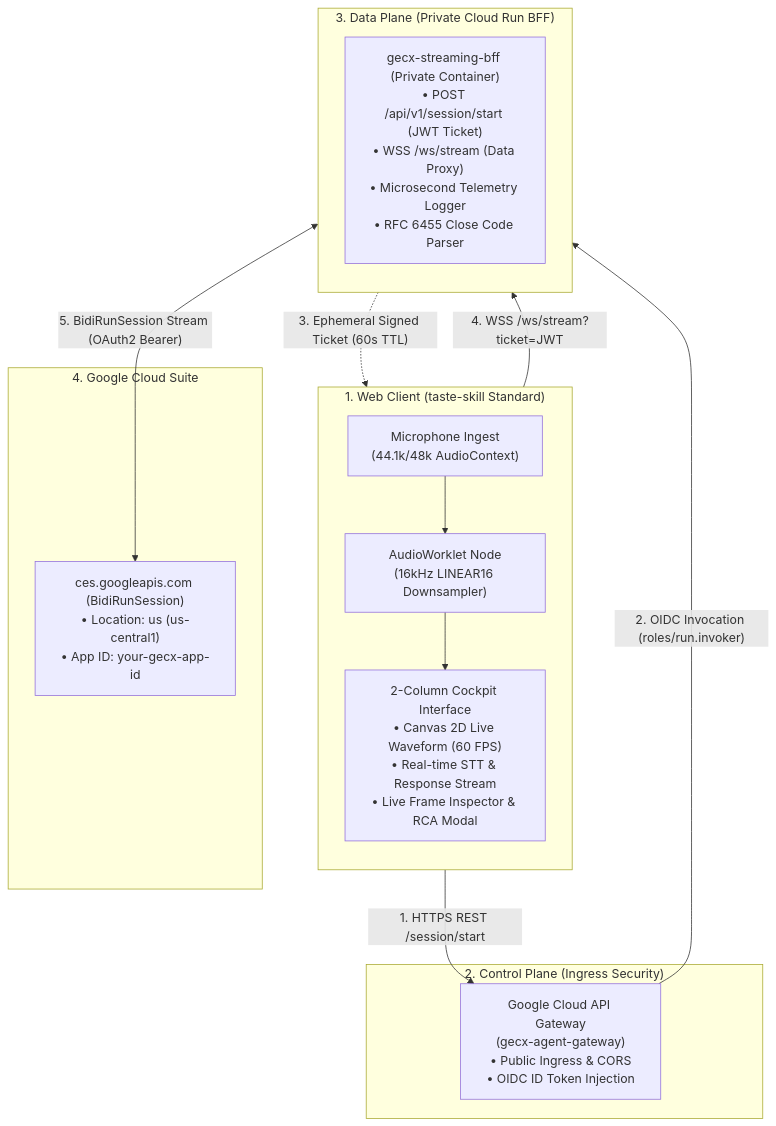
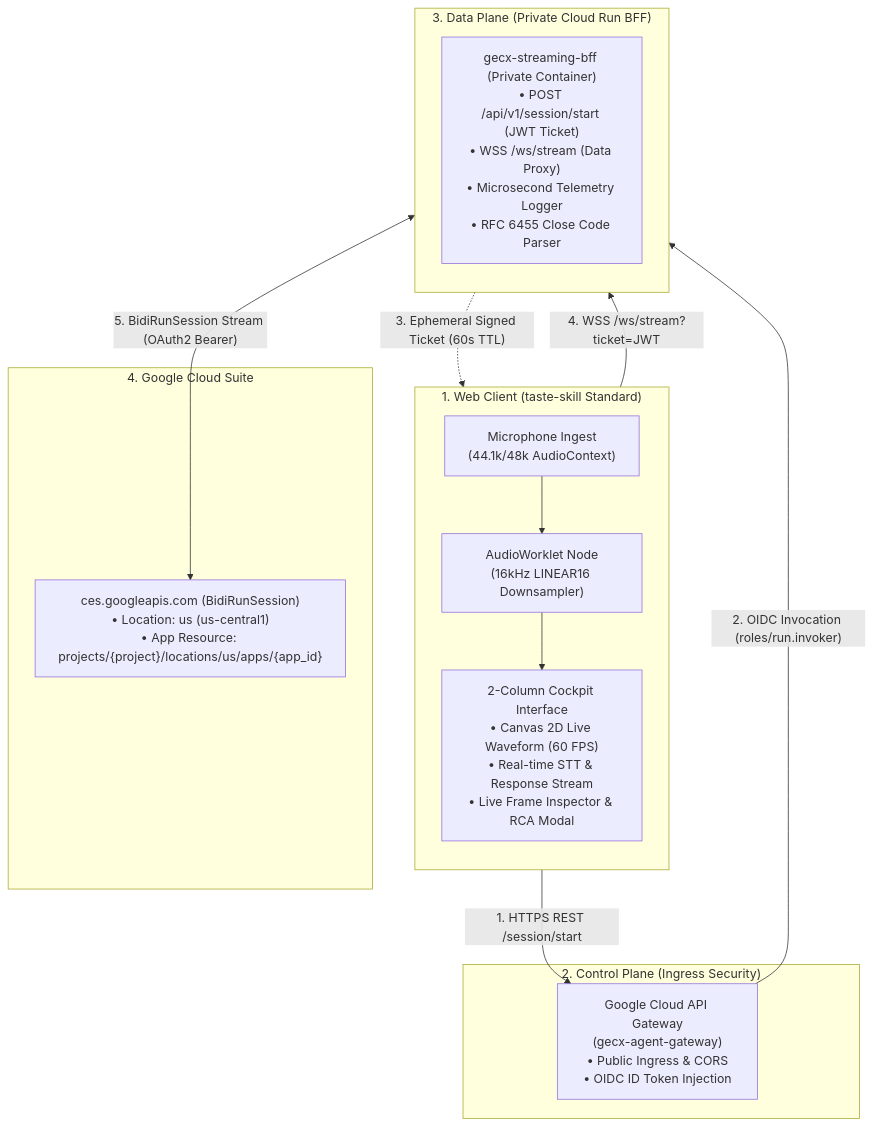
Before and after one commit to Jhko0404/GECX-Realtime-Voice-Streaming: the diagram in README.md, drawn with Mermaid. The commit also changed other lines of this file and 11 other files, not shown here.

Commit message:
docs: consolidate all technical architecture, audio DSP, and RCA guides into unified README.md and cleanup legacy doc files

````diff
--- a/README.md
+++ b/README.md
@@ -33,30 +33,30 @@
 ```mermaid
 flowchart TB
     subgraph ClientLayer["1. Web Client (taste-skill Standard)"]
         direction TB
-        Mic["Microphone Ingest<br>(44.1k/48k AudioContext)"]
-        Worklet["AudioWorklet Node<br>(16kHz LINEAR16 Downsampler)"]
-        CockpitUI["2-Column Cockpit Interface<br>• Canvas 2D Live Waveform (60 FPS)<br>• Real-time STT & Response Stream<br>• Live Frame Inspector & RCA Modal"]
+        Mic["Microphone Ingest<br/>(44.1k/48k AudioContext)"]
+        Worklet["AudioWorklet Node<br/>(16kHz LINEAR16 Downsampler)"]
+        CockpitUI["2-Column Cockpit Interface<br/>• Canvas 2D Live Waveform (60 FPS)<br/>• Real-time STT & Response Stream<br/>• Live Frame Inspector & RCA Modal"]
         Mic --> Worklet
         Worklet --> CockpitUI
     end
 
     subgraph ControlPlane["2. Control Plane (Ingress Security)"]
-        Gateway["Google Cloud API Gateway<br>(gecx-agent-gateway)<br>• Public Ingress & CORS<br>• OIDC ID Token Injection"]
+        Gateway["Google Cloud API Gateway<br/>(gecx-agent-gateway)<br/>• Public Ingress & CORS<br/>• OIDC ID Token Injection"]
     end
 
     subgraph DataPlane["3. Data Plane (Private Cloud Run BFF)"]
         direction TB
-        BFF["gecx-streaming-bff (Private Container)<br>• POST /api/v1/session/start (JWT Ticket)<br>• WSS /ws/stream (Data Proxy)<br>• Microsecond Telemetry Logger<br>• RFC 6455 Close Code Parser"]
+        BFF["gecx-streaming-bff (Private Container)<br/>• POST /api/v1/session/start (JWT Ticket)<br/>• WSS /ws/stream (Data Proxy)<br/>• Microsecond Telemetry Logger<br/>• RFC 6455 Close Code Parser"]
     end
 
     subgraph GECXLayer["4. Google Cloud Suite"]
-        GECX["ces.googleapis.com (BidiRunSession)<br>• Location: us (us-central1)<br>• App ID: your-gecx-app-id"]
+        GECX["ces.googleapis.com (BidiRunSession)<br/>• Location: us (us-central1)<br/>• App Resource: projects/{project}/locations/us/apps/{app_id}"]
     end
 
     CockpitUI -->|"1. HTTPS REST /session/start"| Gateway
     Gateway -->|"2. OIDC Invocation (roles/run.invoker)"| BFF
     BFF -.->|"3. Ephemeral Signed Ticket (60s TTL)"| CockpitUI
     CockpitUI -->|"4. WSS /ws/stream?ticket=JWT"| BFF
     BFF <-->|"5. BidiRunSession Stream (OAuth2 Bearer)"| GECX
 ```
````
